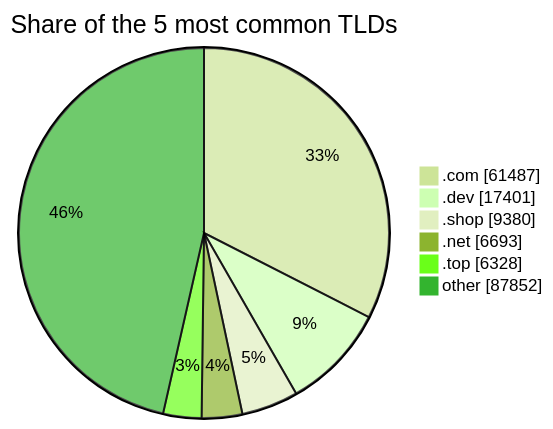
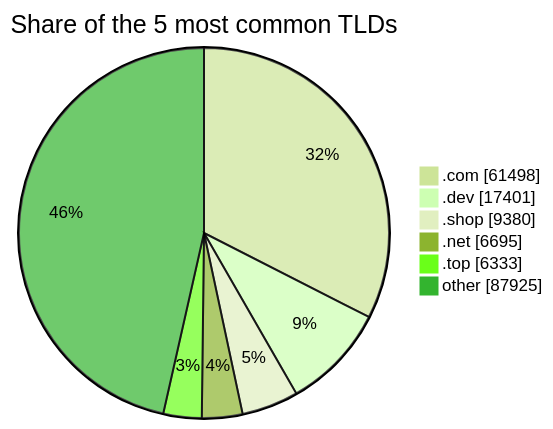
The third of 3 diagrams in README.md (DNSBunker/CTI), drawn with Mermaid (forest theme) before and after one commit. The commit also changed other lines of this file and 3 other files, not shown here.

````diff
--- a/README.md
+++ b/README.md
@@ -81,9 +81,9 @@
 ```mermaid
 pie showData title Share of the 5 most common TLDs
-    ".com" : 61487
+    ".com" : 61498
     ".dev" : 17401
     ".shop" : 9380
-    ".net" : 6693
-    ".top" : 6328
-    "other" : 87852
+    ".net" : 6695
+    ".top" : 6333
+    "other" : 87925
 ```
````
